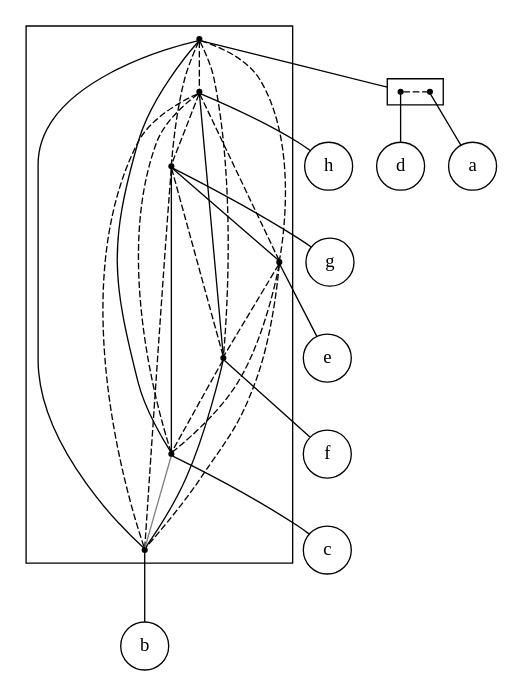
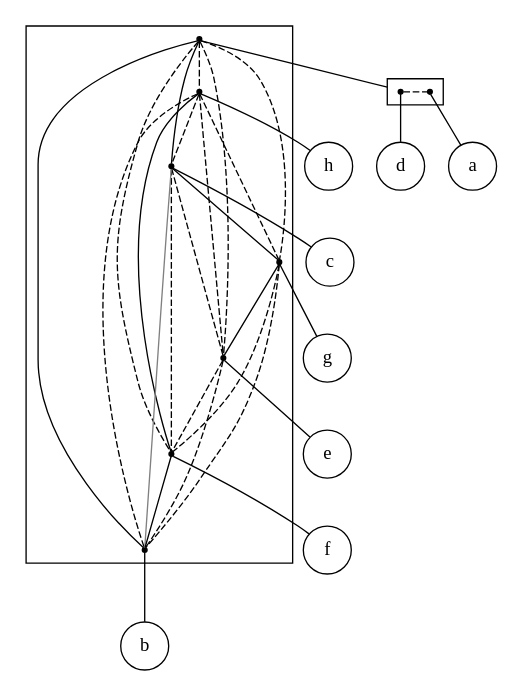
Before and after one commit to lrodrin/TFG: the diagram in src/extension/linear_2-structure.dot, drawn with Graphviz. The commit also changed 36 other files, not shown here.

```diff
--- a/src/extension/linear_2-structure.dot
+++ b/src/extension/linear_2-structure.dot
@@ -1,55 +1,55 @@
 strict digraph "linear_2-structure" {
 compound=true;
 fontname=Verdana;
 fontsize=12;
 newrank=true;
 node [shape=circle];
 h;
+c;
 g;
 e;
 f;
-c;
 b;
 d;
 a;
-subgraph cluster_fhbecadg {
+subgraph cluster_efbhagcd {
 node [shape=point];
-s_da -> s_h  [color=black, style=dashed, arrowhead=none];
-s_da -> s_g  [color=black, style=dashed, arrowhead=none];
-s_da -> s_e  [color=black, style=dashed, arrowhead=none];
-s_da -> s_f  [color=black, style=dashed, arrowhead=none];
-s_da -> s_c  [color=black, style=solid, arrowhead=none];
-s_da -> s_b  [color=black, style=solid, arrowhead=none];
+s_ad -> s_h  [color=black, style=dashed, arrowhead=none];
+s_ad -> s_c  [color=black, style=solid, arrowhead=none];
+s_ad -> s_g  [color=black, style=dashed, arrowhead=none];
+s_ad -> s_e  [color=black, style=dashed, arrowhead=none];
+s_ad -> s_f  [color=black, style=dashed, arrowhead=none];
+s_ad -> s_b  [color=black, style=solid, arrowhead=none];
+s_h -> s_c  [color=black, style=dashed, arrowhead=none];
 s_h -> s_g  [color=black, style=dashed, arrowhead=none];
 s_h -> s_e  [color=black, style=dashed, arrowhead=none];
 s_h -> s_f  [color=black, style=solid, arrowhead=none];
-s_h -> s_c  [color=black, style=dashed, arrowhead=none];
 s_h -> s_b  [color=black, style=dashed, arrowhead=none];
+s_c -> s_g  [color=black, style=solid, arrowhead=none];
+s_c -> s_e  [color=black, style=dashed, arrowhead=none];
+s_c -> s_f  [color=black, style=dashed, arrowhead=none];
+s_c -> s_b  [color=grey, style=solid, arrowhead=none];
 s_g -> s_e  [color=black, style=solid, arrowhead=none];
 s_g -> s_f  [color=black, style=dashed, arrowhead=none];
-s_g -> s_c  [color=black, style=solid, arrowhead=none];
 s_g -> s_b  [color=black, style=dashed, arrowhead=none];
 s_e -> s_f  [color=black, style=dashed, arrowhead=none];
-s_e -> s_c  [color=black, style=dashed, arrowhead=none];
 s_e -> s_b  [color=black, style=dashed, arrowhead=none];
-s_f -> s_c  [color=black, style=dashed, arrowhead=none];
 s_f -> s_b  [color=black, style=solid, arrowhead=none];
-s_c -> s_b  [color=grey, style=solid, arrowhead=none];
 }
 
-subgraph cluster_da {
+subgraph cluster_ad {
 rank=same;
 node [shape=point];
 s_d -> s_a  [color=black, style=dashed, arrowhead=none];
 }
 
-s_da -> s_d  [lhead=cluster_da, arrowhead=none];
+s_ad -> s_d  [lhead=cluster_ad, arrowhead=none];
 s_h -> h  [arrowhead=none];
+s_c -> c  [arrowhead=none];
 s_g -> g  [arrowhead=none];
 s_e -> e  [arrowhead=none];
 s_f -> f  [arrowhead=none];
-s_c -> c  [arrowhead=none];
 s_b -> b  [arrowhead=none];
 s_d -> d  [arrowhead=none];
 s_a -> a  [arrowhead=none];
 }
```
